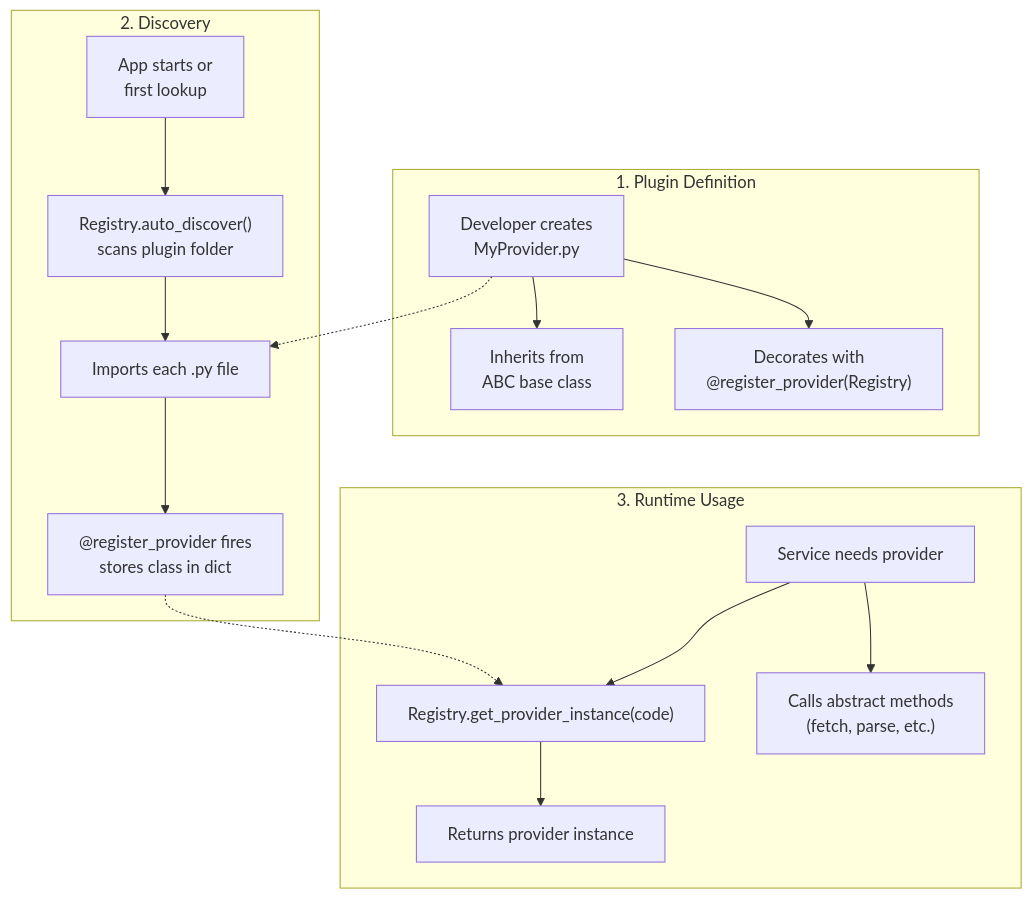
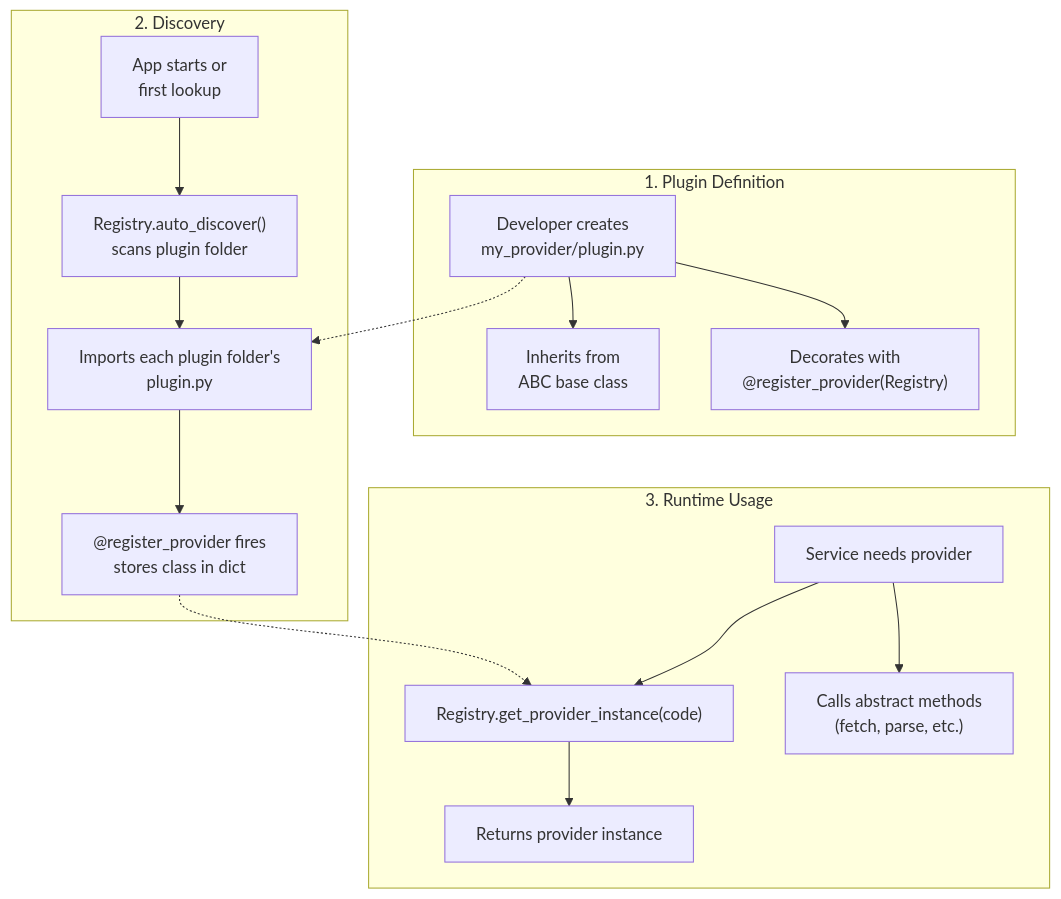
Before and after one commit to Librefolio/LibreFolio: the diagram in mkdocs_src/docs/developer/architecture/patterns/registry_pattern.md, drawn with Mermaid. The commit also changed other lines of this file and 43 other files, not shown here.

````diff
--- a/mkdocs_src/docs/developer/architecture/patterns/registry_pattern.md
+++ b/mkdocs_src/docs/developer/architecture/patterns/registry_pattern.md
@@ -17,22 +17,22 @@
 ```mermaid
 graph TD
     subgraph "1. Plugin Definition"
-        DEV["Developer creates<br/>MyProvider.py"] --> ABC["Inherits from<br/>ABC base class"]
+        DEV["Developer creates<br/>my_provider/plugin.py"] --> ABC["Inherits from<br/>ABC base class"]
         DEV --> DEC["Decorates with<br/>@register_provider(Registry)"]
     end
 
     subgraph "2. Discovery"
         BOOT["App starts or<br/>first lookup"] --> SCAN["Registry.auto_discover()<br/>scans plugin folder"]
-        SCAN --> IMPORT["Imports each .py file"]
+        SCAN --> IMPORT["Imports each plugin folder's<br/>plugin.py"]
         IMPORT --> REG["@register_provider fires<br/>stores class in dict"]
     end
 
     subgraph "3. Runtime Usage"
         SVC["Service needs provider"] --> GET["Registry.get_provider_instance(code)"]
         GET --> INST["Returns provider instance"]
         SVC --> CALL["Calls abstract methods<br/>(fetch, parse, etc.)"]
     end
 
     DEV -.-> IMPORT
     REG -.-> GET
 ```
````
